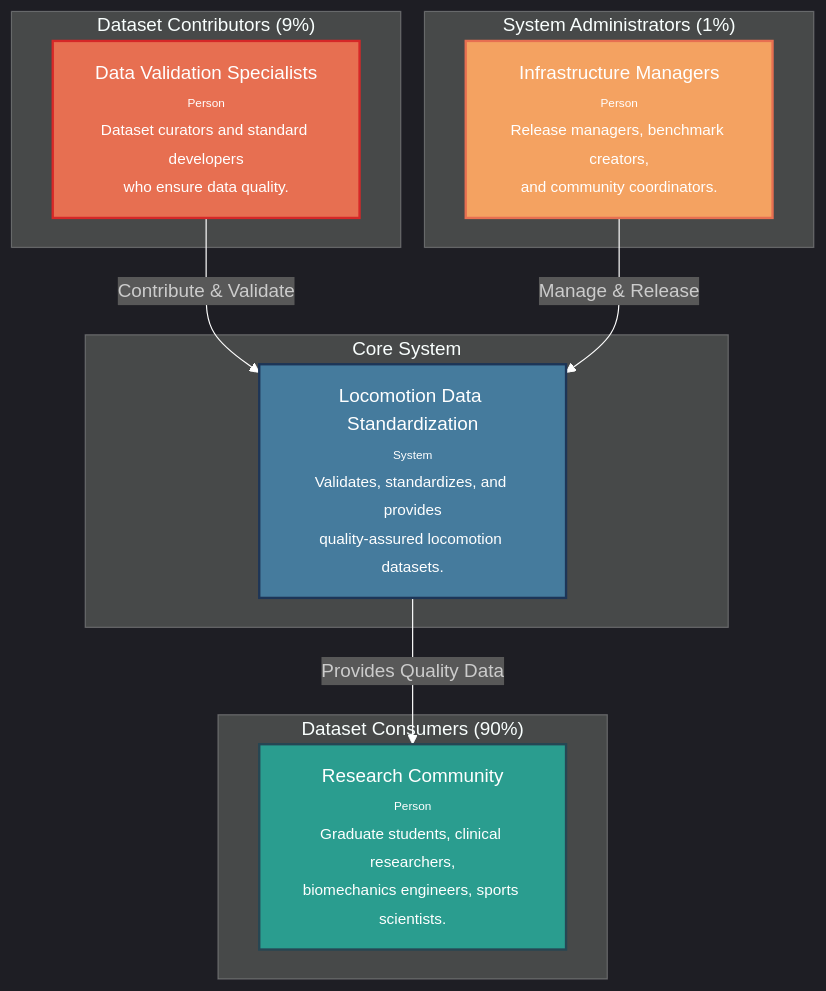
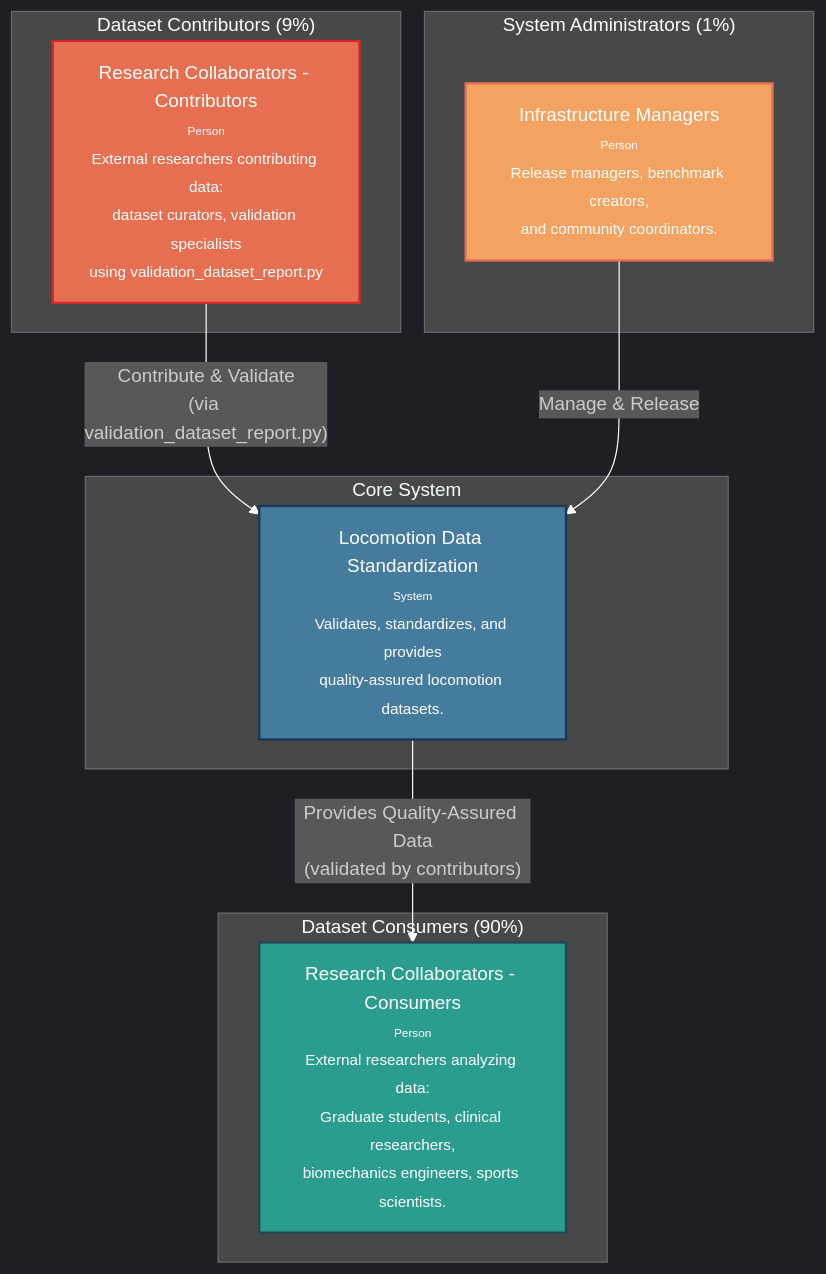
One commit to jmontp/LocoHub changed the fifth of 7 diagrams in docs/software_engineering/11_c4_context.md. Above: the diagram before and after it, drawn with Mermaid. The commit also changed other lines of this file and 19 other files, not shown here.

````diff
--- a/docs/software_engineering/11_c4_context.md
+++ b/docs/software_engineering/11_c4_context.md
@@ -91,31 +167,31 @@
 ```mermaid
 %%{init: {'theme': 'dark'}}%%
 graph TD
     subgraph "Dataset Contributors (9%)"
-        contributors["Data Validation Specialists<br/><font size='-2'>Person</font><br/><font size='-1'>Dataset curators and standard developers<br/>who ensure data quality.</font>"]
+        contributors["Research Collaborators - Contributors<br/><font size='-2'>Person</font><br/><font size='-1'>External researchers contributing data:<br/>dataset curators, validation specialists<br/>using validation_dataset_report.py</font>"]
     end
 
     subgraph "System Administrators (1%)"
         admins["Infrastructure Managers<br/><font size='-2'>Person</font><br/><font size='-1'>Release managers, benchmark creators,<br/>and community coordinators.</font>"]
     end
 
     subgraph "Dataset Consumers (90%)"  
-        consumers["Research Community<br/><font size='-2'>Person</font><br/><font size='-1'>Graduate students, clinical researchers,<br/>biomechanics engineers, sports scientists.</font>"]
+        consumers["Research Collaborators - Consumers<br/><font size='-2'>Person</font><br/><font size='-1'>External researchers analyzing data:<br/>Graduate students, clinical researchers,<br/>biomechanics engineers, sports scientists.</font>"]
     end
 
     subgraph "Core System"
         system["Locomotion Data Standardization<br/><font size='-2'>System</font><br/><font size='-1'>Validates, standardizes, and provides<br/>quality-assured locomotion datasets.</font>"]
     end
 
-    contributors -- "Contribute & Validate" --> system
+    contributors -- "Contribute & Validate<br/>(via validation_dataset_report.py)" --> system
     admins -- "Manage & Release" --> system
-    system -- "Provides Quality Data" --> consumers
+    system -- "Provides Quality-Assured Data<br/>(validated by contributors)" --> consumers
     
     %% Styling
     style contributors fill:#e76f51,stroke:#d62828,stroke-width:2px,color:#ffffff
     style admins fill:#f4a261,stroke:#e76f51,stroke-width:2px,color:#ffffff
     style consumers fill:#2a9d8f,stroke:#264653,stroke-width:2px,color:#ffffff
     style system fill:#457b9d,stroke:#1d3557,stroke-width:2px,color:#ffffff
     
     linkStyle default stroke:white
 ```
````
